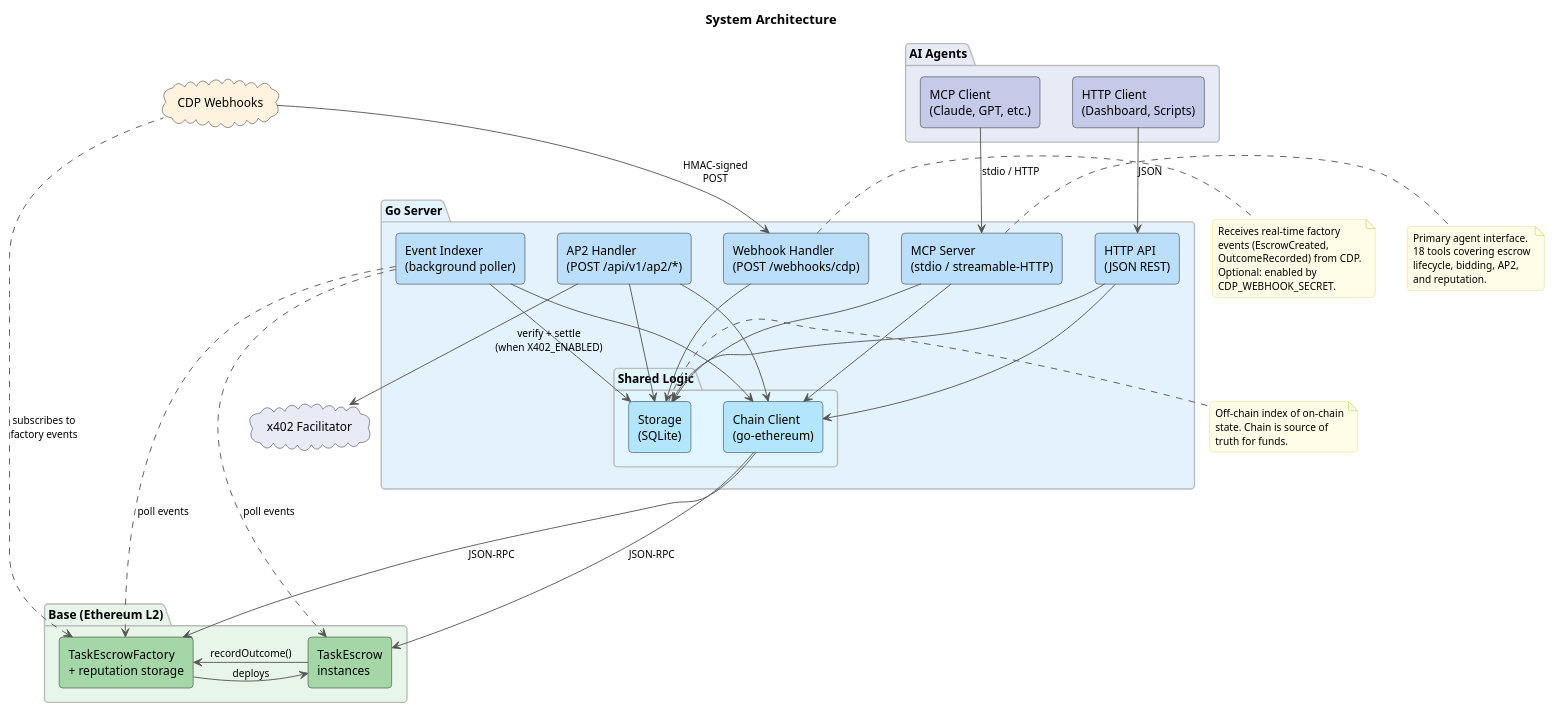
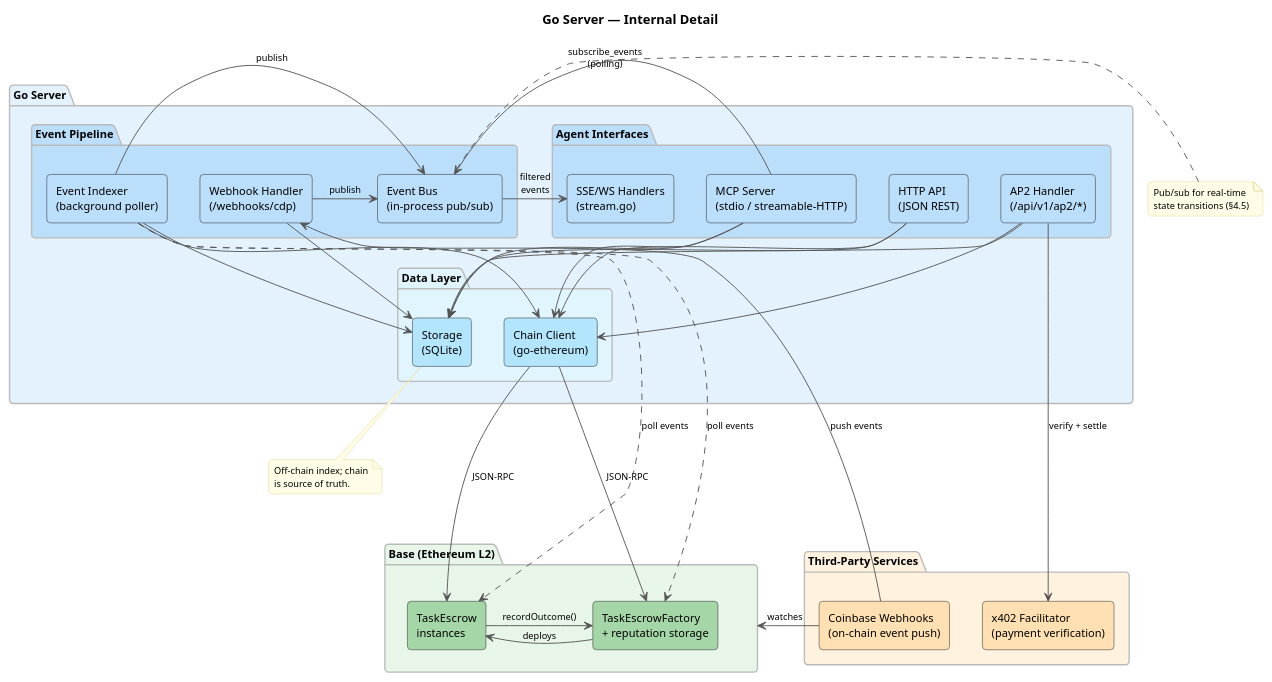
Before and after one commit to eddiefleurent/agent-escrow: the second of 3 diagrams in docs/diagrams/architecture.puml, drawn with PlantUML. The commit also changed other lines of this file and 55 other files, not shown here.

First line of the commit message:
feat: real-time event subscriptions (V2.10) (#11)

```diff
--- a/docs/diagrams/architecture.puml
+++ b/docs/diagrams/architecture.puml
@@ -1,96 +83,88 @@
-@startuml architecture
+@startuml architecture-detail
 skinparam backgroundColor #FFFFFF
 skinparam componentStyle rectangle
 skinparam defaultFontName "Helvetica"
-skinparam defaultFontSize 13
+skinparam defaultFontSize 12
 skinparam shadowing false
 skinparam roundCorner 8
 skinparam ArrowColor #555555
-skinparam ArrowFontSize 11
+skinparam ArrowFontSize 10
 
 skinparam package {
   BorderColor #BBBBBB
   FontStyle bold
 }
 
 skinparam note {
   BackgroundColor #FFFDE7
   BorderColor #E0D68A
-  FontSize 11
+  FontSize 10
 }
 
-title System Architecture
-
-package "AI Agents" as agents #E8EAF6 {
-  [MCP Client\n(Claude, GPT, etc.)] as mcp_client #C5CAE9
-  [HTTP Client\n(Dashboard, Scripts)] as http_client #C5CAE9
-}
+title Go Server — Internal Detail
 
 package "Go Server" as server #E3F2FD {
-  [MCP Server\n(stdio / streamable-HTTP)] as mcp_server #BBDEFB
-  [HTTP API\n(JSON REST)] as http_api #BBDEFB
-  [Webhook Handler\n(POST /webhooks/cdp)] as webhook #BBDEFB
-  [Event Indexer\n(background poller)] as indexer #BBDEFB
-  [AP2 Handler\n(POST /api/v1/ap2/*)] as ap2 #BBDEFB
+  package "Agent Interfaces" as ifaces #BBDEFB {
+    [MCP Server\n(stdio / streamable-HTTP)] as mcp_server #BBDEFB
+    [HTTP API\n(JSON REST)] as http_api #BBDEFB
+    [AP2 Handler\n(/api/v1/ap2/*)] as ap2 #BBDEFB
+    [SSE/WS Handlers\n(stream.go)] as stream_handler #BBDEFB
+  }
 
-  package "Shared Logic" as shared #E1F5FE {
+  package "Event Pipeline" as pipeline #BBDEFB {
+    [Event Indexer\n(background poller)] as indexer #BBDEFB
+    [Webhook Handler\n(/webhooks/cdp)] as webhook #BBDEFB
+    [Event Bus\n(in-process pub/sub)] as event_bus #BBDEFB
+  }
+
+  package "Data Layer" as data #E1F5FE {
     [Chain Client\n(go-ethereum)] as chain_client #B3E5FC
     [Storage\n(SQLite)] as storage #B3E5FC
   }
 
   mcp_server -down-> chain_client
   mcp_server -down-> storage
+  mcp_server -right-> event_bus : subscribe_events\n(polling)
   http_api -down-> chain_client
   http_api -down-> storage
   ap2 -down-> chain_client
   ap2 -down-> storage
   webhook -down-> storage
+  webhook -right-> event_bus : publish
   indexer -down-> chain_client
   indexer -down-> storage
+  indexer -right-> event_bus : publish
+  event_bus -right-> stream_handler : filtered\nevents
 }
 
-cloud "x402 Facilitator" as x402 #E8EAF6
-ap2 -down-> x402 : verify + settle\n(when X402_ENABLED)
+package "Third-Party Services" as external #FFF3E0 {
+  [x402 Facilitator\n(payment verification)] as x402 #FFE0B2
+  [Coinbase Webhooks\n(on-chain event push)] as cdp #FFE0B2
+}
 
-package "Base (Ethereum L2)" as chain #E8F5E9 {
+package "Base (Ethereum L2)" as chain_pkg #E8F5E9 {
   [TaskEscrowFactory\n+ reputation storage] as factory #A5D6A7
   [TaskEscrow\ninstances] as escrow #A5D6A7
   factory -right-> escrow : deploys
   escrow -left-> factory : recordOutcome()
 }
 
-cloud "CDP Webhooks" as cdp #FFF3E0
-
-mcp_client -down-> mcp_server : stdio / HTTP
-http_client -down-> http_api : JSON
-
+ap2 -down-> x402 : verify + settle
 chain_client -down-> factory : JSON-RPC
 chain_client -down-> escrow : JSON-RPC
 indexer ..down..> factory : poll events
 indexer ..down..> escrow : poll events
+cdp -left-> chain_pkg : watches
+cdp -up-> webhook : push events
 
-cdp -down-> webhook : HMAC-signed\nPOST
-cdp ..up..> factory : subscribes to\nfactory events
-
-note right of mcp_server
-  Primary agent interface.
-  18 tools covering escrow
-  lifecycle, bidding, AP2,
-  and reputation.
+note bottom of storage
+  Off-chain index; chain
+  is source of truth.
 end note
 
-note right of webhook
-  Receives real-time factory
-  events (EscrowCreated,
-  OutcomeRecorded) from CDP.
-  Optional: enabled by
-  CDP_WEBHOOK_SECRET.
-end note
-
-note right of storage
-  Off-chain index of on-chain
-  state. Chain is source of
-  truth for funds.
+note left of event_bus
+  Pub/sub for real-time
+  state transitions (§4.5)
 end note
 
 @enduml
```
